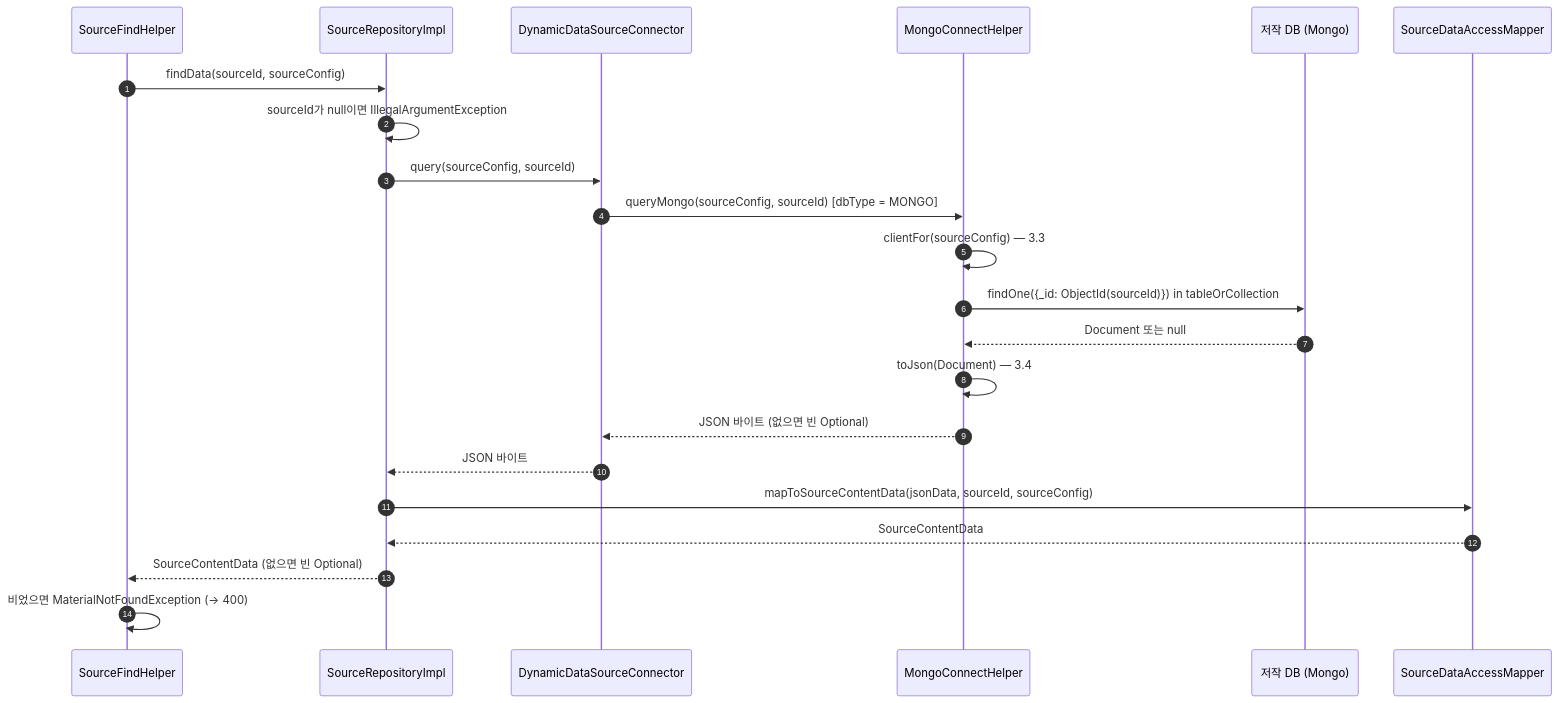
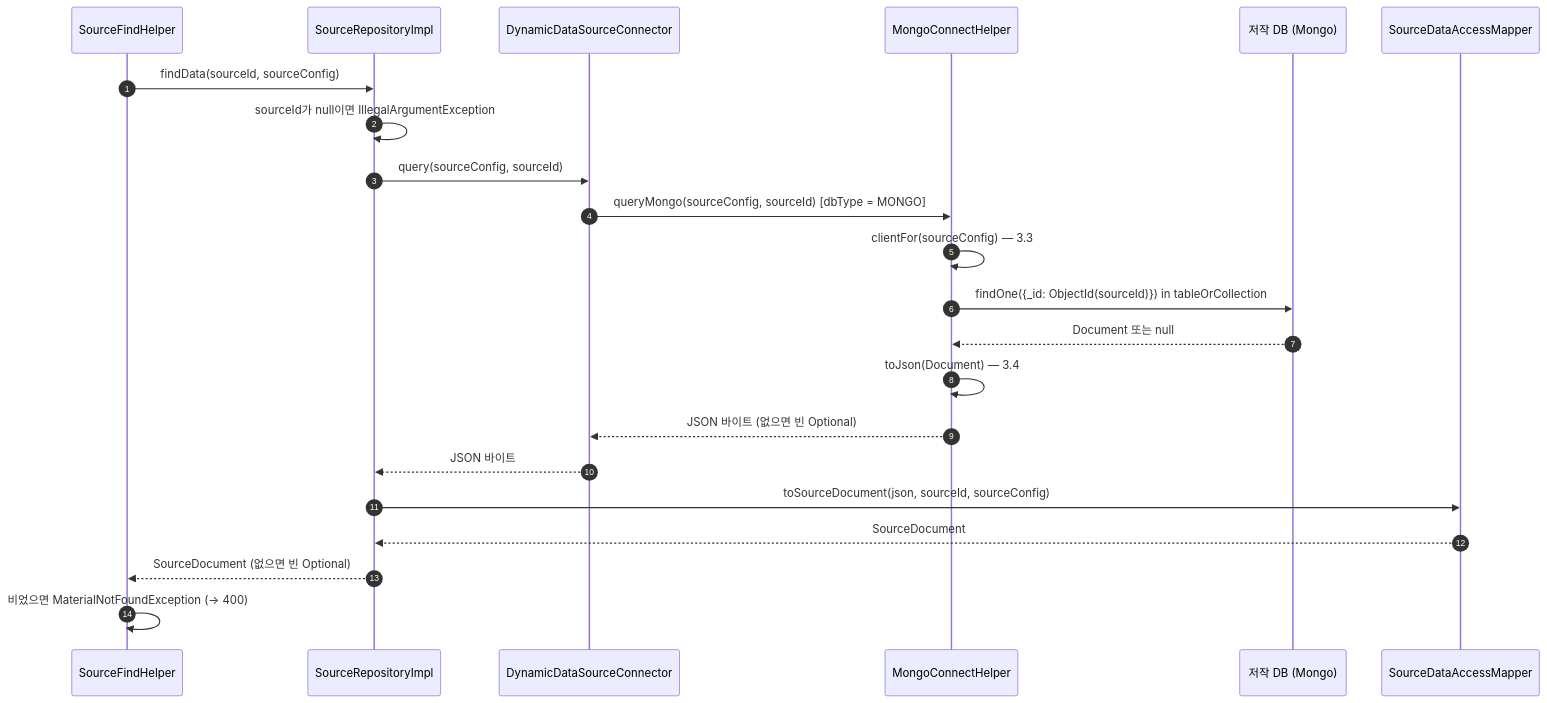
The sixth of 15 diagrams in docs/system/source-read.md (brunosong/transfersystem), drawn with Mermaid before and after one commit. The commit also changed other lines of this file and 3 other files, not shown here.

````diff
--- a/docs/system/source-read.md
+++ b/docs/system/source-read.md
@@ -150,25 +157,25 @@
 ```mermaid
 sequenceDiagram
   autonumber
   participant FH as SourceFindHelper
   participant SR as SourceRepositoryImpl
   participant DC as DynamicDataSourceConnector
   participant MG as MongoConnectHelper
   participant DB as 저작 DB (Mongo)
   participant MP as SourceDataAccessMapper
 
   FH->>SR: findData(sourceId, sourceConfig)
   SR->>SR: sourceId가 null이면 IllegalArgumentException
   SR->>DC: query(sourceConfig, sourceId)
   DC->>MG: queryMongo(sourceConfig, sourceId)  [dbType = MONGO]
   MG->>MG: clientFor(sourceConfig) — 3.3
   MG->>DB: findOne({_id: ObjectId(sourceId)}) in tableOrCollection
   DB-->>MG: Document 또는 null
   MG->>MG: toJson(Document) — 3.4
   MG-->>DC: JSON 바이트 (없으면 빈 Optional)
   DC-->>SR: JSON 바이트
-  SR->>MP: mapToSourceContentData(jsonData, sourceId, sourceConfig)
-  MP-->>SR: SourceContentData
-  SR-->>FH: SourceContentData (없으면 빈 Optional)
+  SR->>MP: toSourceDocument(json, sourceId, sourceConfig)
+  MP-->>SR: SourceDocument
+  SR-->>FH: SourceDocument (없으면 빈 Optional)
   FH->>FH: 비었으면 MaterialNotFoundException (→ 400)
 ```
````
